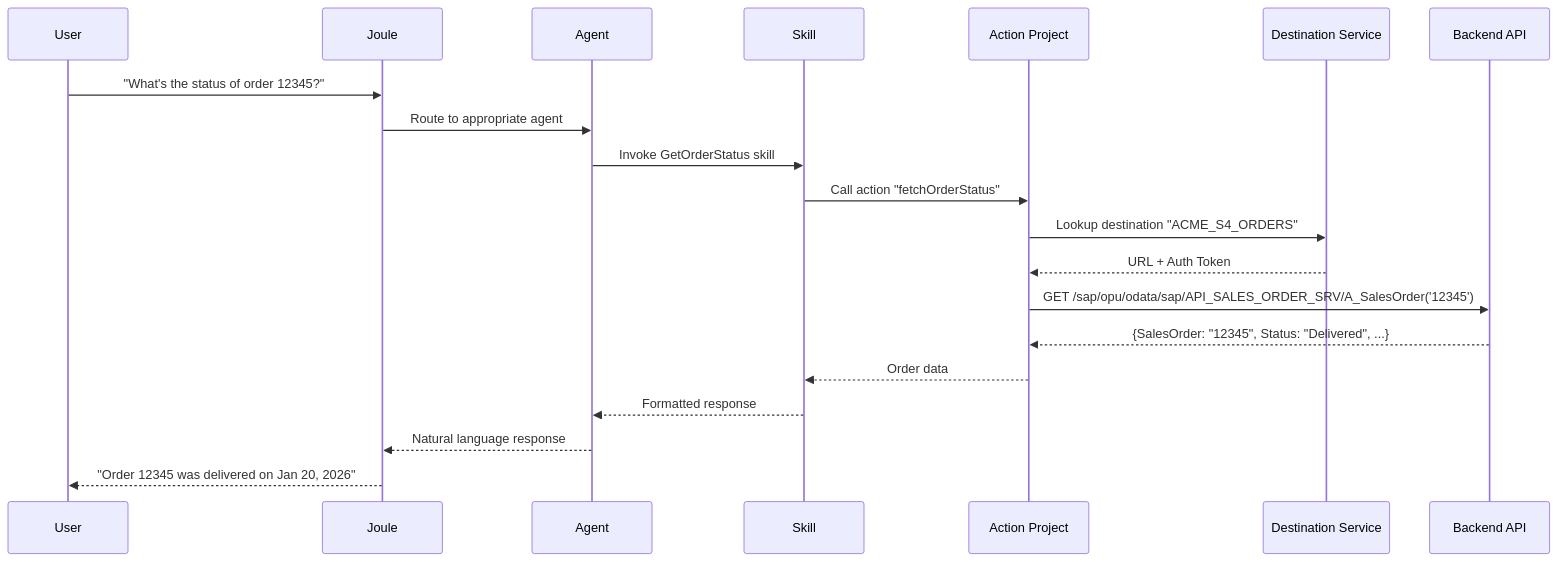
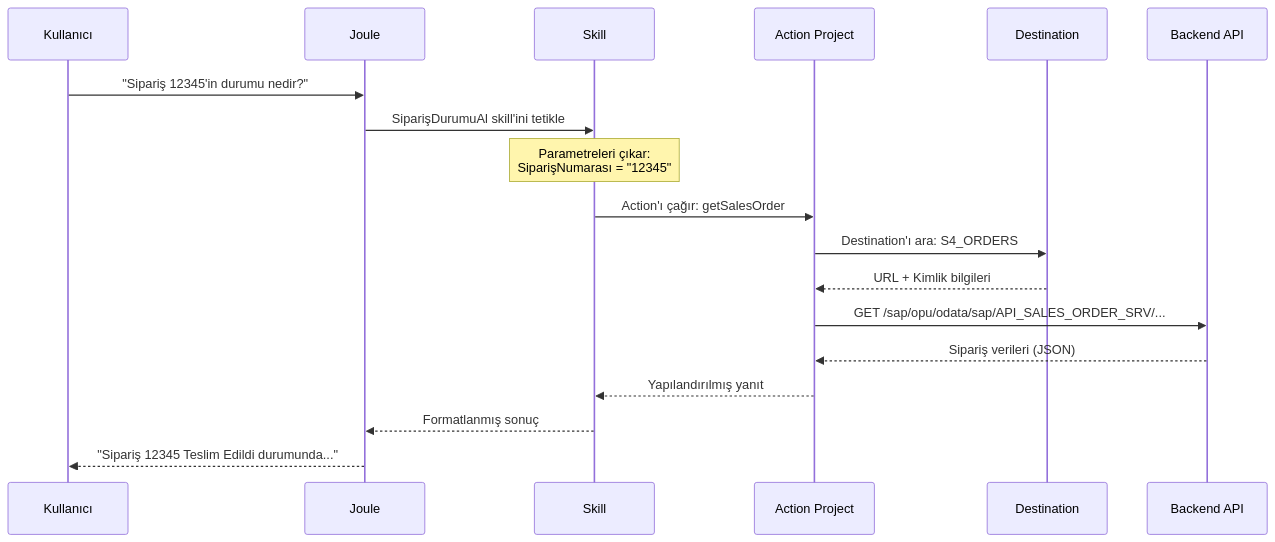
The fourth of 6 diagrams in Technical Tutorials/BTP/TR/chapters/08-joule-fundamentals.md (beyhanmeyrali/sap-all), drawn with Mermaid before and after one commit. The commit also changed other lines of this file and 2 other files, not shown here.

````diff
--- a/Technical Tutorials/BTP/TR/chapters/08-joule-fundamentals.md
+++ b/Technical Tutorials/BTP/TR/chapters/08-joule-fundamentals.md
@@ -196,23 +179,21 @@
 ```mermaid
 sequenceDiagram
-    participant U as User
+    participant U as Kullanıcı
     participant J as Joule
-    participant AG as Agent
     participant SK as Skill
     participant AP as Action Project
-    participant DS as Destination Service
-    participant BE as Backend API
+    participant D as Destination
+    participant API as Backend API
 
-    U->>J: "What's the status of order 12345?"
-    J->>AG: Route to appropriate agent
-    AG->>SK: Invoke GetOrderStatus skill
-    SK->>AP: Call action "fetchOrderStatus"
-    AP->>DS: Lookup destination "ACME_S4_ORDERS"
-    DS-->>AP: URL + Auth Token
-    AP->>BE: GET /sap/opu/odata/sap/API_SALES_ORDER_SRV/A_SalesOrder('12345')
-    BE-->>AP: {SalesOrder: "12345", Status: "Delivered", ...}
-    AP-->>SK: Order data
-    SK-->>AG: Formatted response
-    AG-->>J: Natural language response
-    J-->>U: "Order 12345 was delivered on Jan 20, 2026"
+    U->>J: "Sipariş 12345'in durumu nedir?"
+    J->>SK: SiparişDurumuAl skill'ini tetikle
+    Note over SK: Parametreleri çıkar:<br/>SiparişNumarası = "12345"
+    SK->>AP: Action'ı çağır: getSalesOrder
+    AP->>D: Destination'ı ara: S4_ORDERS
+    D-->>AP: URL + Kimlik bilgileri
+    AP->>API: GET /sap/opu/odata/sap/API_SALES_ORDER_SRV/...
+    API-->>AP: Sipariş verileri (JSON)
+    AP-->>SK: Yapılandırılmış yanıt
+    SK-->>J: Formatlanmış sonuç
+    J-->>U: "Sipariş 12345 Teslim Edildi durumunda..."
 ```
````
